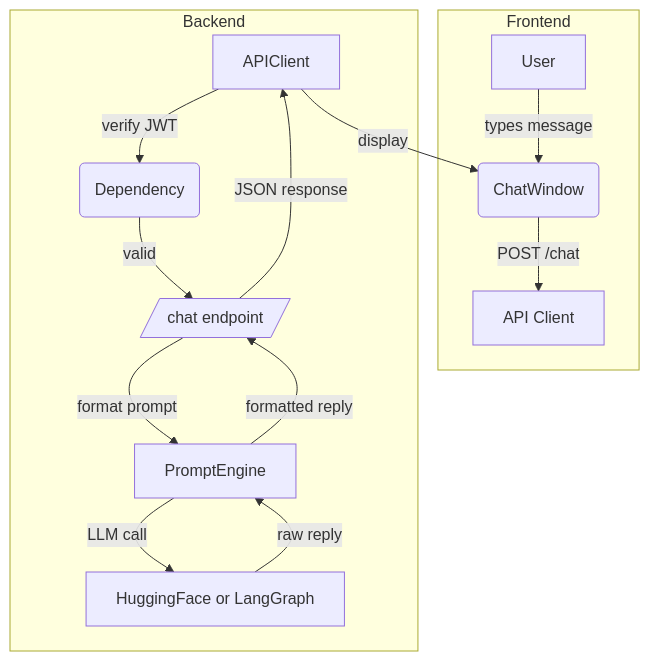
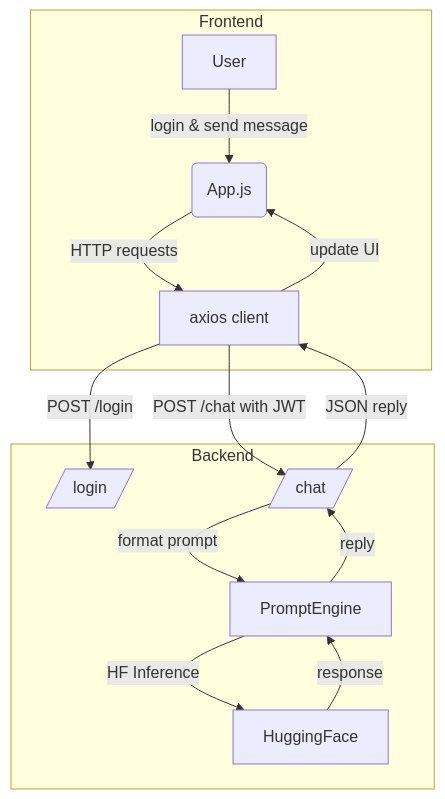
One commit to Outlast18363/Finance_agent_project changed the diagram in Agent_src/README.md. Above: the diagram before and after it, drawn with Mermaid. The commit also changed other lines of this file, not shown here.

````diff
--- a/Agent_src/README.md
+++ b/Agent_src/README.md
@@ -64,19 +58,19 @@
 ```mermaid
 flowchart TD
   subgraph FE[Frontend]
-    U[User] -->|types message| CW(ChatWindow)
-    CW -->|POST /chat| API[API Client]
+    U[User] -->|login & send message| APP(App.js)
+    APP -->|HTTP requests| API[axios client]
   end
 
   subgraph BE[Backend]
-    APIClient -->|verify JWT| Auth(Dependency)
-    Auth -->|valid| ChatEP[/chat endpoint/]
-    ChatEP -->|format prompt| PE[PromptEngine]
-    PE -->|LLM call| LLM[HuggingFace or LangGraph]
-    LLM -->|raw reply| PE
-    PE -->|formatted reply| ChatEP
-    ChatEP -->|JSON response| APIClient
+    API -->|POST /login| Login[/login/]
+    API -->|POST /chat with JWT| Chat[/chat/]
+    Chat -->|format prompt| PE[PromptEngine]
+    PE -->|HF Inference| LLM[HuggingFace]
+    LLM -->|response| PE
+    PE -->|reply| Chat
   end
 
-  APIClient -->|display| CW
+  Chat -->|JSON reply| API
+  API -->|update UI| APP
 ```
````
